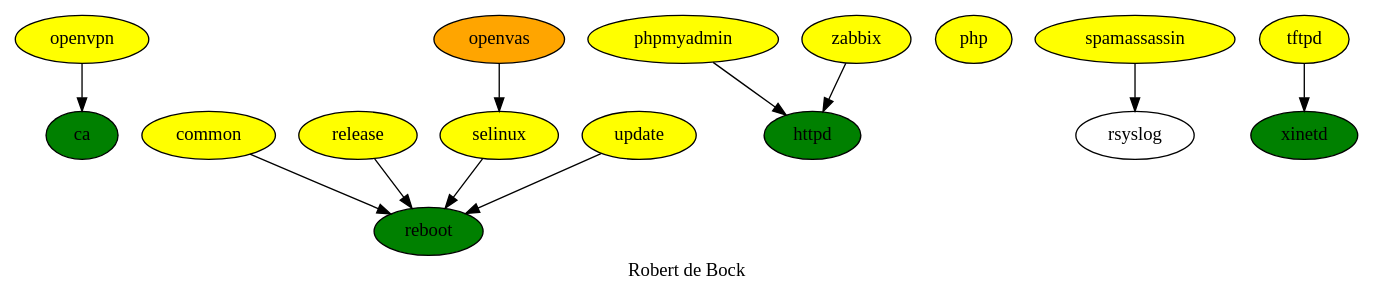
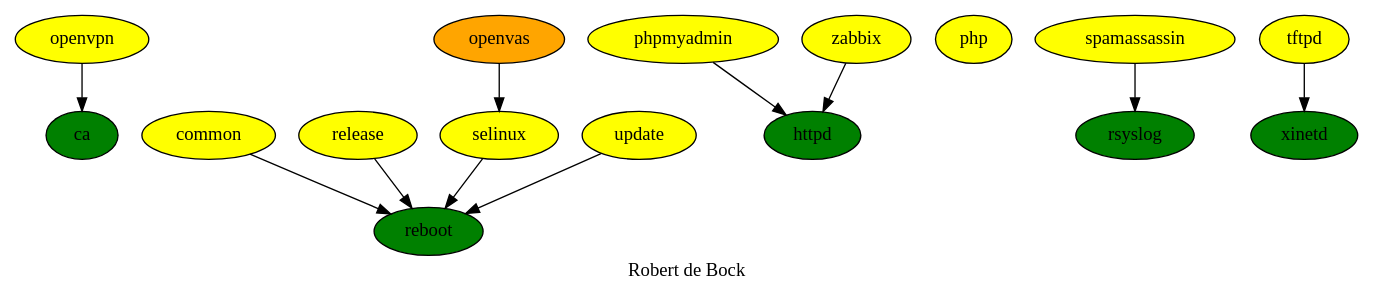
The diagram in hard-dependencies.dot (robertdebock/drawings), drawn with Graphviz before and after one commit.

Commit message:
Color rsyslog.

```diff
--- a/hard-dependencies.dot
+++ b/hard-dependencies.dot
@@ -1,26 +1,27 @@
 digraph hierarchy {
   label = "Robert de Bock" ;
   {
     ca [fillcolor=green style=filled]
     common [fillcolor=yellow style=filled]
     httpd [fillcolor=green style=filled]
     openvas [fillcolor=orange style=filled]
     openvpn [fillcolor=yellow style=filled]
     php [fillcolor=yellow style=filled]
     phpmyadmin [fillcolor=yellow style=filled]
     reboot [fillcolor=green style=filled]
     release [fillcolor=yellow style=filled]
+    rsyslog [fillcolor=green style=filled]
     selinux [fillcolor=yellow style=filled]
     spamassassin [fillcolor=yellow style=filled]
     tftpd [fillcolor=yellow style=filled]
     update [fillcolor=yellow style=filled]
     xinetd [fillcolor=green style=filled]
     zabbix [fillcolor=yellow style=filled]
   }
   {openvpn} -> ca
   {common release selinux update} -> reboot
   openvas -> selinux
   {phpmyadmin zabbix}-> httpd
   spamassassin -> rsyslog
   tftpd -> xinetd
 }
```
